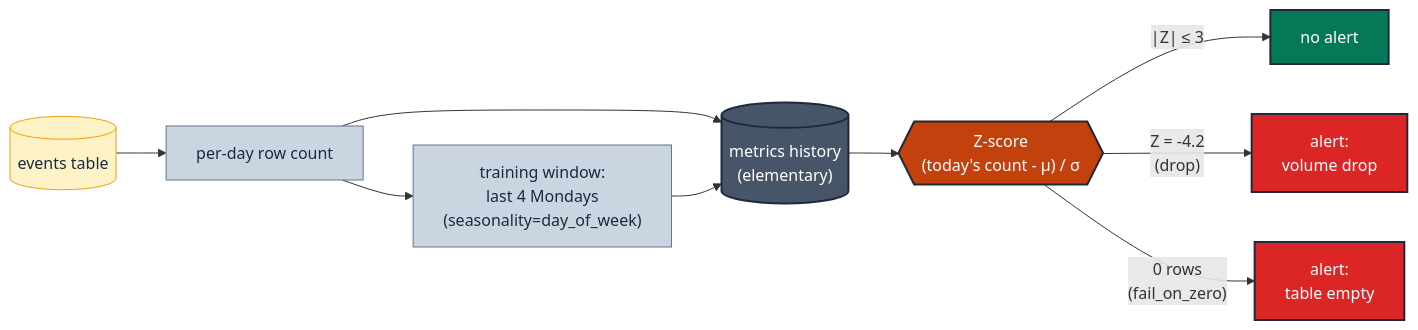
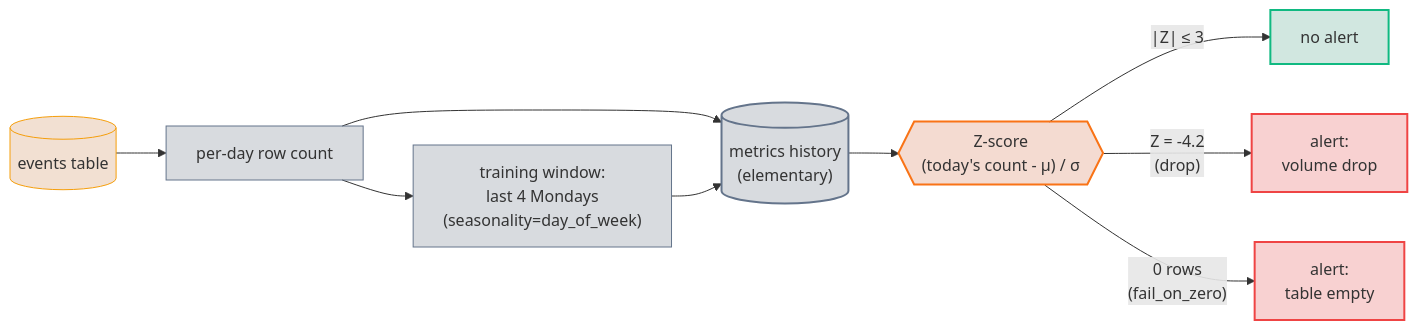
Before and after one commit to neozenith/dbt-gcp-jaffleshop: the diagram in docs/guides/testing_taxonomy/model/MD-07-volume-anomaly.md, drawn with Mermaid. The commit also changed 36 other files, not shown here.

First line of the commit message:
docs(taxonomy): rework guide entry-point + WCAG-AAA dual-theme mermaid palette (#19)

````diff
--- a/docs/guides/testing_taxonomy/model/MD-07-volume-anomaly.md
+++ b/docs/guides/testing_taxonomy/model/MD-07-volume-anomaly.md
@@ -119,21 +119,21 @@
 ```mermaid
 flowchart LR
     src[("events table")]:::source --> bucket["per-day row count"]:::modelSecondary
 
     bucket --> hist[("metrics history<br/>(elementary)")]:::modelPrimary
     bucket --> training["training window:<br/>last 4 Mondays<br/>(seasonality=day_of_week)"]:::modelSecondary
     training --> hist
 
     hist --> z{{"Z-score<br/>(today's count - μ) / σ"}}:::gate
 
     z -- "|Z| ≤ 3" --> ok["no alert"]:::ok
     z -- "Z = -4.2<br/>(drop)" --> alert["alert:<br/>volume drop"]:::fail
     z -- "0 rows<br/>(fail_on_zero)" --> empty["alert:<br/>table empty"]:::fail
 
-    classDef source         fill:#fef3c7,stroke:#f59e0b,color:#1e293b,stroke-width:1px
-    classDef modelPrimary   fill:#475569,stroke:#1e293b,color:#fff,stroke-width:2px
-    classDef modelSecondary fill:#cbd5e1,stroke:#64748b,color:#1e293b,stroke-width:1px
-    classDef gate           fill:#c2410c,stroke:#1e293b,color:#fff,stroke-width:2px
-    classDef ok             fill:#047857,stroke:#1e293b,color:#fff,stroke-width:2px
-    classDef fail           fill:#dc2626,stroke:#1e293b,color:#fff,stroke-width:2px
+    classDef source fill:#b453092e,stroke:#f59e0b,stroke-width:1px
+    classDef modelPrimary fill:#47556936,stroke:#64748b,stroke-width:2px
+    classDef modelSecondary fill:#47556936,stroke:#64748b,stroke-width:1px
+    classDef gate fill:#c2410c30,stroke:#f97316,stroke-width:2px
+    classDef ok fill:#0478572e,stroke:#10b981,stroke-width:2px
+    classDef fail fill:#dc262636,stroke:#ef4444,stroke-width:2px
 ```
````
